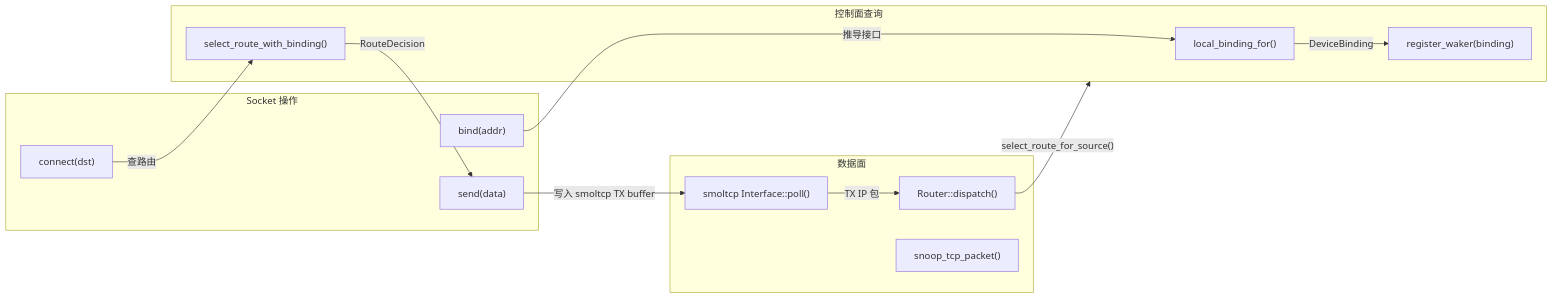
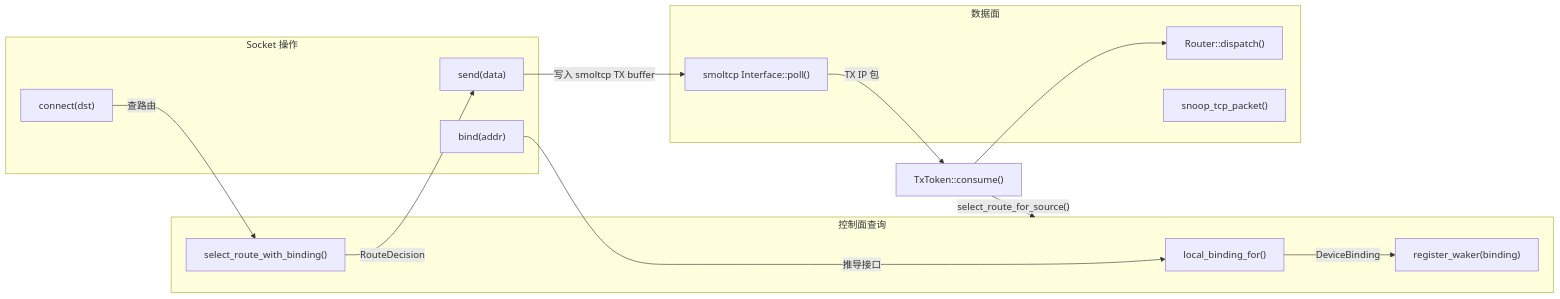
The third of 3 diagrams in docs/docs/architecture/net/control.md (rcore-os/tgoskits), drawn with Mermaid before and after one commit. The commit also changed other lines of this file and 19 other files, not shown here.

Commit message:
refactor(ax-net): precompute TX route in TxToken, add route cache, DHCP failure recovery, and return AxError from init_network (#1353)

````diff
--- a/docs/docs/architecture/net/control.md
+++ b/docs/docs/architecture/net/control.md
@@ -849,28 +850,29 @@
 ```mermaid
 flowchart LR
     subgraph Socket["Socket 操作"]
         Bind["bind(addr)"]
         Connect["connect(dst)"]
         Send["send(data)"]
     end
 
     subgraph Control["控制面查询"]
         LB["local_binding_for()"]
         SR["select_route_with_binding()"]
         RW["register_waker(binding)"]
     end
 
     subgraph Data["数据面"]
         Dispatch["Router::dispatch()"]
         Snoop["snoop_tcp_packet()"]
         Poll["smoltcp Interface::poll()"]
     end
 
     Bind -->|"推导接口"| LB
     LB -->|"DeviceBinding"| RW
     Connect -->|"查路由"| SR
     SR -->|"RouteDecision"| Send
     Send -->|"写入 smoltcp TX buffer"| Poll
-    Poll -->|"TX IP 包"| Dispatch
-    Dispatch -->|"select_route_for_source()"| Control
+    Poll -->|"TX IP 包"| TxToken
+    TxToken["TxToken::consume()"] -->|"select_route_for_source()"| Control
+    TxToken --> Dispatch
 ```
````
